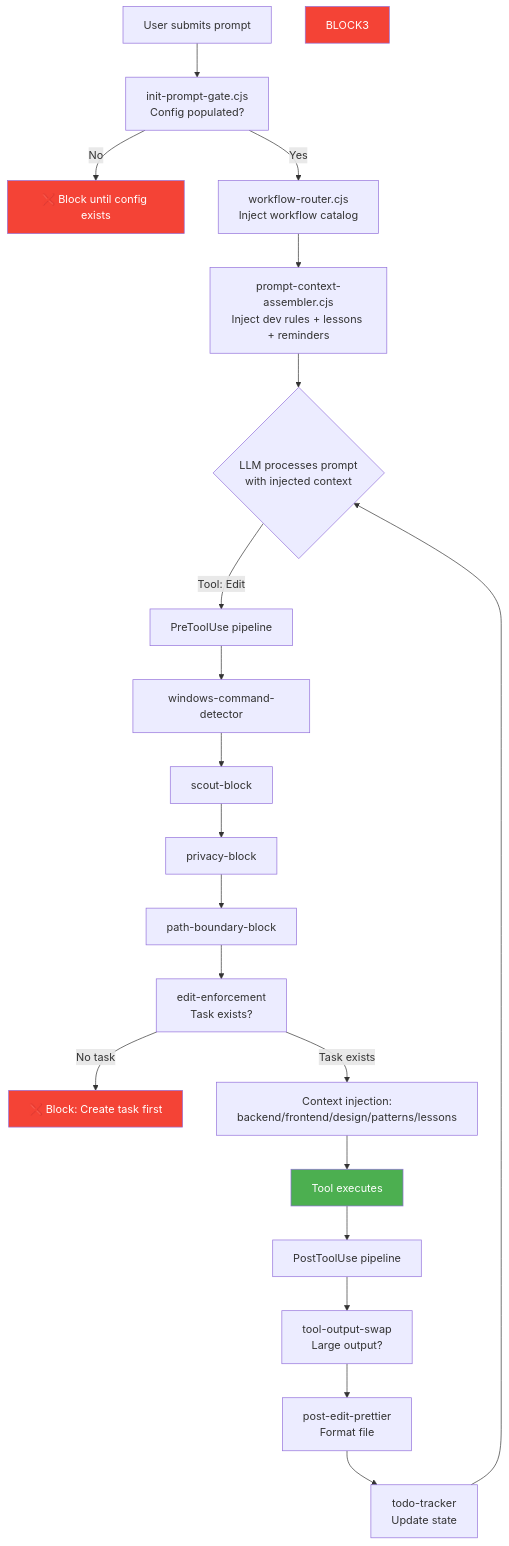
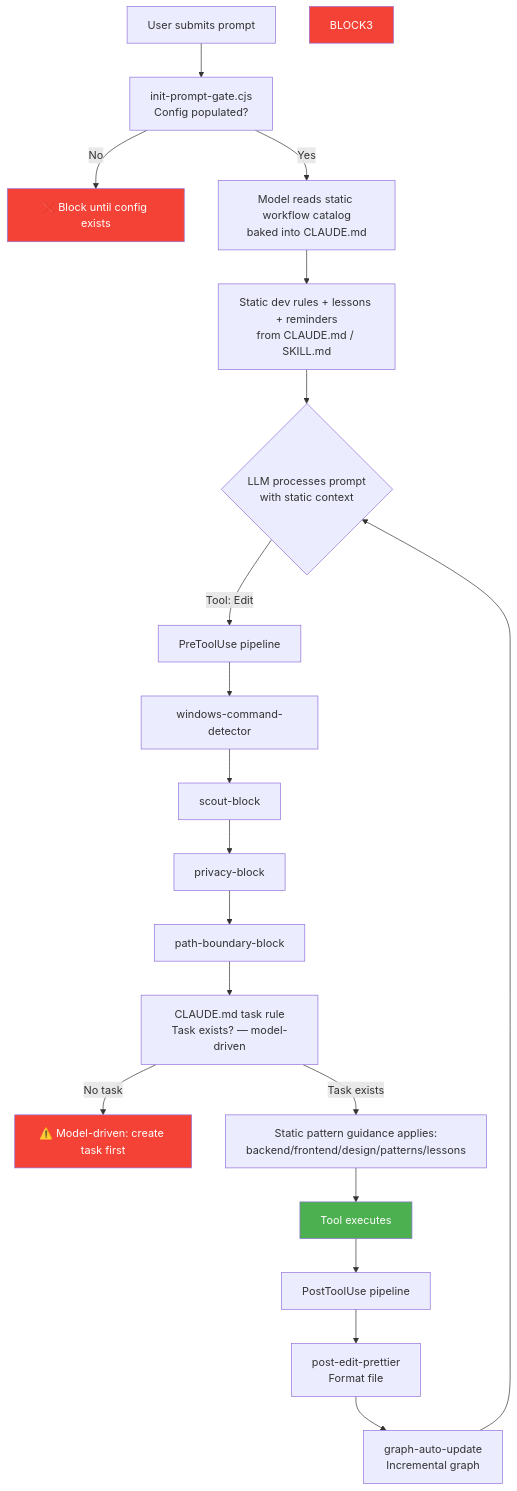
One commit to duc01226/EasyPlatform changed diagram 20 of 20 in .claude/docs/claude-ai-agent-framework-guide.md. Above: the diagram before and after it, drawn with Mermaid. The commit also changed other lines of this file and 1280 other files, not shown here.

````diff
--- a/.claude/docs/claude-ai-agent-framework-guide.md
+++ b/.claude/docs/claude-ai-agent-framework-guide.md
@@ -3370,31 +3376,30 @@
 ```mermaid
 flowchart TB
     A[User submits prompt] --> B[init-prompt-gate.cjs<br/>Config populated?]
     B -->|No| BLOCK1[❌ Block until config exists]
-    B -->|Yes| C[workflow-router.cjs<br/>Inject workflow catalog]
-    C --> D[prompt-context-assembler.cjs<br/>Inject dev rules + lessons + reminders]
+    B -->|Yes| C[Model reads static workflow catalog<br/>baked into CLAUDE.md]
+    C --> D[Static dev rules + lessons + reminders<br/>from CLAUDE.md / SKILL.md]
 
-    D --> H{LLM processes prompt<br/>with injected context}
+    D --> H{LLM processes prompt<br/>with static context}
 
     H -->|Tool: Edit| I[PreToolUse pipeline]
     I --> I1[windows-command-detector]
     I1 --> I2[scout-block]
     I2 --> I3[privacy-block]
     I3 --> I4[path-boundary-block]
-    I4 --> I5[edit-enforcement<br/>Task exists?]
-    I5 -->|No task| BLOCK2[❌ Block: Create task first]
-    I5 -->|Task exists| I7[Context injection:<br/>backend/frontend/design/patterns/lessons]
+    I4 --> I5[CLAUDE.md task rule<br/>Task exists? — model-driven]
+    I5 -->|No task| BLOCK2[⚠️ Model-driven: create task first]
+    I5 -->|Task exists| I7[Static pattern guidance applies:<br/>backend/frontend/design/patterns/lessons]
     I7 --> EXEC[Tool executes]
 
     EXEC --> J[PostToolUse pipeline]
-    J --> J1[tool-output-swap<br/>Large output?]
-    J1 --> J2[post-edit-prettier<br/>Format file]
-    J2 --> J3[todo-tracker<br/>Update state]
+    J --> J2[post-edit-prettier<br/>Format file]
+    J2 --> J4[graph-auto-update<br/>Incremental graph]
 
-    J3 --> H
+    J4 --> H
 
     style BLOCK1 fill:#f44336,color:white
     style BLOCK2 fill:#f44336,color:white
     style BLOCK3 fill:#f44336,color:white
     style EXEC fill:#4CAF50,color:white
 ```
````
